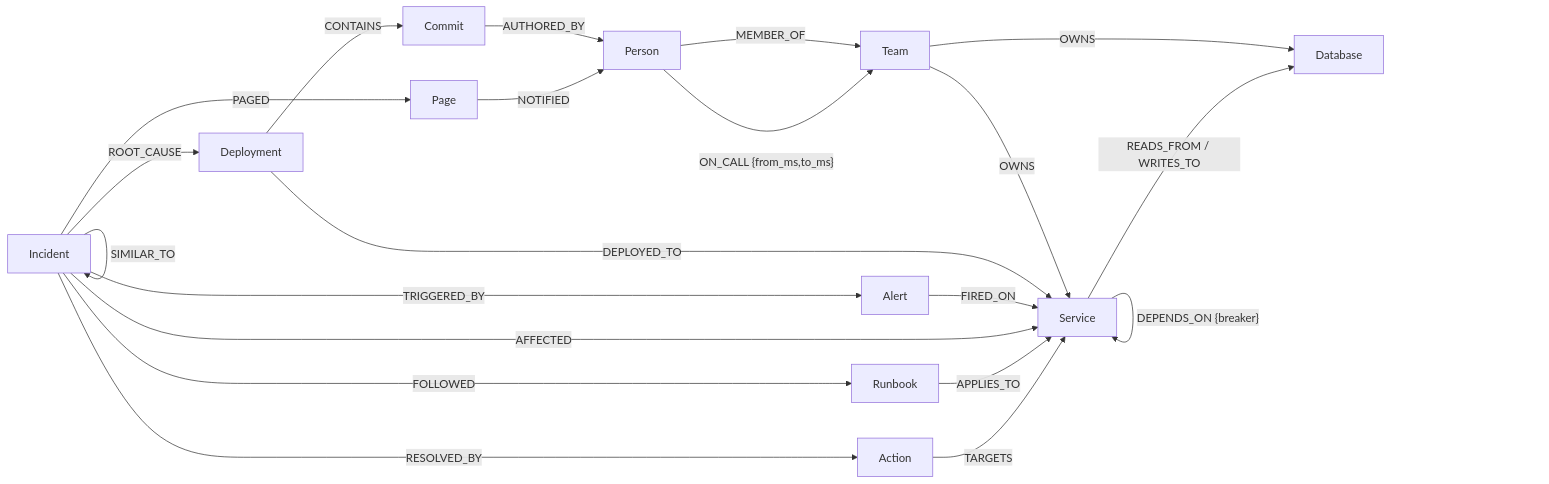
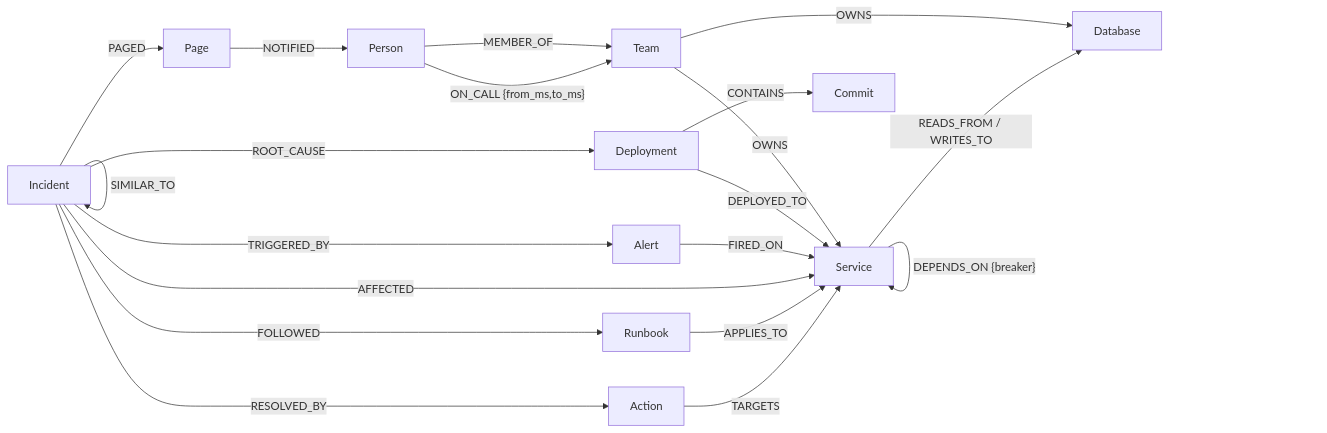
One commit to kalp-cg/graphxDevBrowser changed the third of 3 diagrams in README.md. Above: the diagram before and after it, drawn with Mermaid. The commit also changed other lines of this file and 59 other files, not shown here.

Commit message:
refactor: remove admin token requirement for sentinel graph and add codebase scan controls

````diff
--- a/README.md
+++ b/README.md
@@ -131,23 +129,22 @@
 ```mermaid
 graph LR
   Team -- OWNS --> Service
   Team -- OWNS --> Database
   Person -- MEMBER_OF --> Team
   Person -- "ON_CALL {from_ms,to_ms}" --> Team
   Service -- "DEPENDS_ON {breaker}" --> Service
   Service -- READS_FROM / WRITES_TO --> Database
   Deployment -- DEPLOYED_TO --> Service
   Deployment -- CONTAINS --> Commit
-  Commit -- AUTHORED_BY --> Person
   Alert -- FIRED_ON --> Service
   Incident -- TRIGGERED_BY --> Alert
   Incident -- AFFECTED --> Service
   Incident -- ROOT_CAUSE --> Deployment
   Incident -- RESOLVED_BY --> Action
   Incident -- SIMILAR_TO --> Incident
   Incident -- FOLLOWED --> Runbook
   Incident -- PAGED --> Page
   Runbook -- APPLIES_TO --> Service
   Action -- TARGETS --> Service
   Page -- NOTIFIED --> Person
 ```
````
